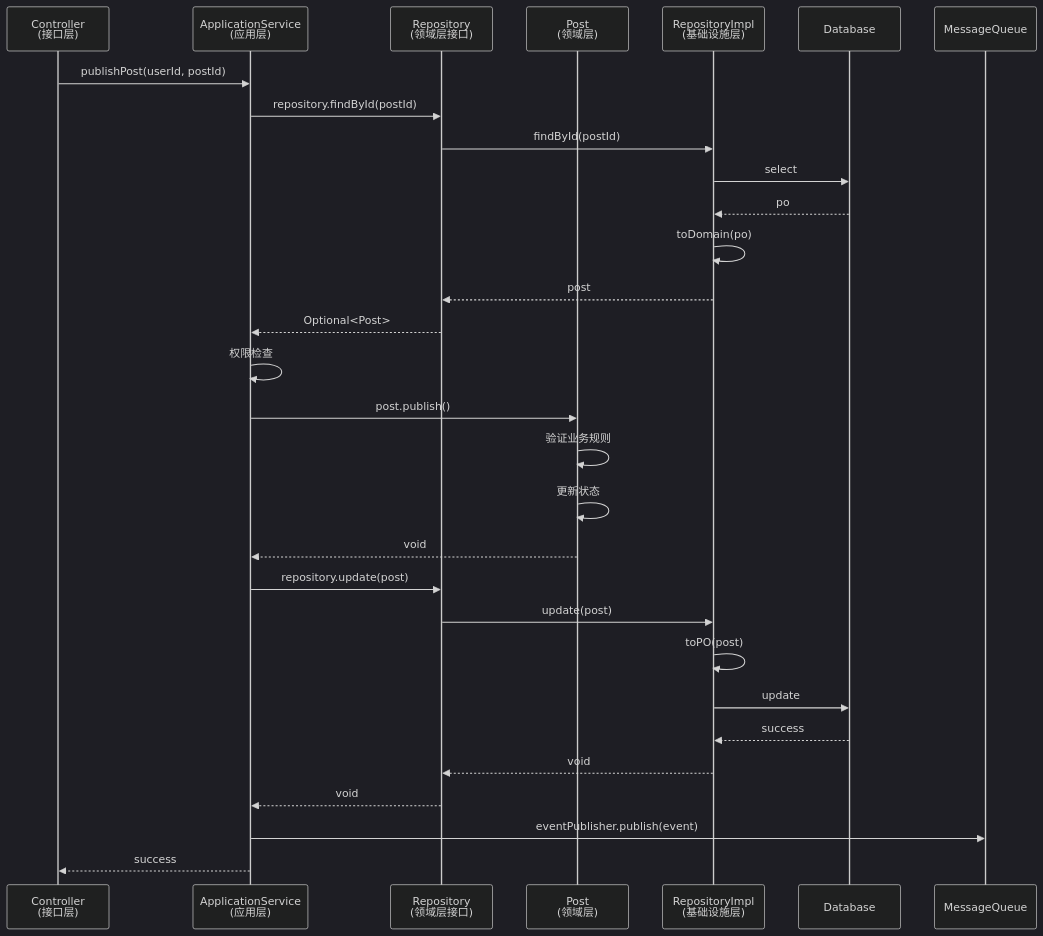
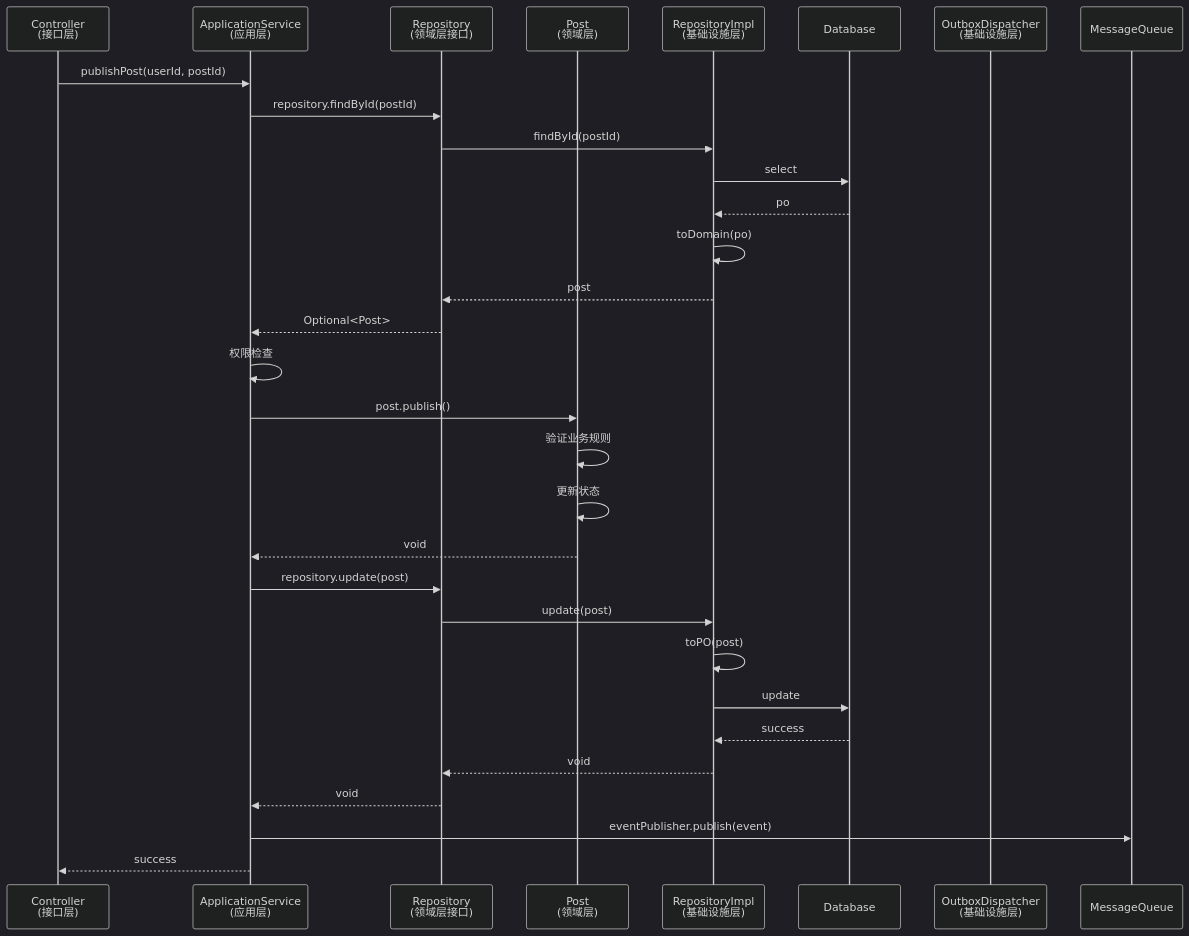
One commit to architectcgz/zhicore changed the third of 3 diagrams in docs/architecture/05-ddd-layered-architecture.md. Above: the diagram before and after it, drawn with Mermaid (dark theme). The commit also changed other lines of this file and 131 other files, not shown here.

````diff
--- a/docs/architecture/05-ddd-layered-architecture.md
+++ b/docs/architecture/05-ddd-layered-architecture.md
@@ -1105,33 +1083,34 @@
 ```mermaid
 sequenceDiagram
     participant C as Controller<br/>(接口层)
     participant AS as ApplicationService<br/>(应用层)
     participant R as Repository<br/>(领域层接口)
     participant P as Post<br/>(领域层)
     participant RI as RepositoryImpl<br/>(基础设施层)
     participant DB as Database
+    participant OB as OutboxDispatcher<br/>(基础设施层)
     participant MQ as MessageQueue
 
     C->>AS: publishPost(userId, postId)
     AS->>R: repository.findById(postId)
     R->>RI: findById(postId)
     RI->>DB: select
     DB-->>RI: po
     RI->>RI: toDomain(po)
     RI-->>R: post
     R-->>AS: Optional<Post>
     AS->>AS: 权限检查
     AS->>P: post.publish()
     P->>P: 验证业务规则
     P->>P: 更新状态
     P-->>AS: void
     AS->>R: repository.update(post)
     R->>RI: update(post)
     RI->>RI: toPO(post)
     RI->>DB: update
     DB-->>RI: success
     RI-->>R: void
     R-->>AS: void
     AS->>MQ: eventPublisher.publish(event)
     AS-->>C: success
 ```
````
